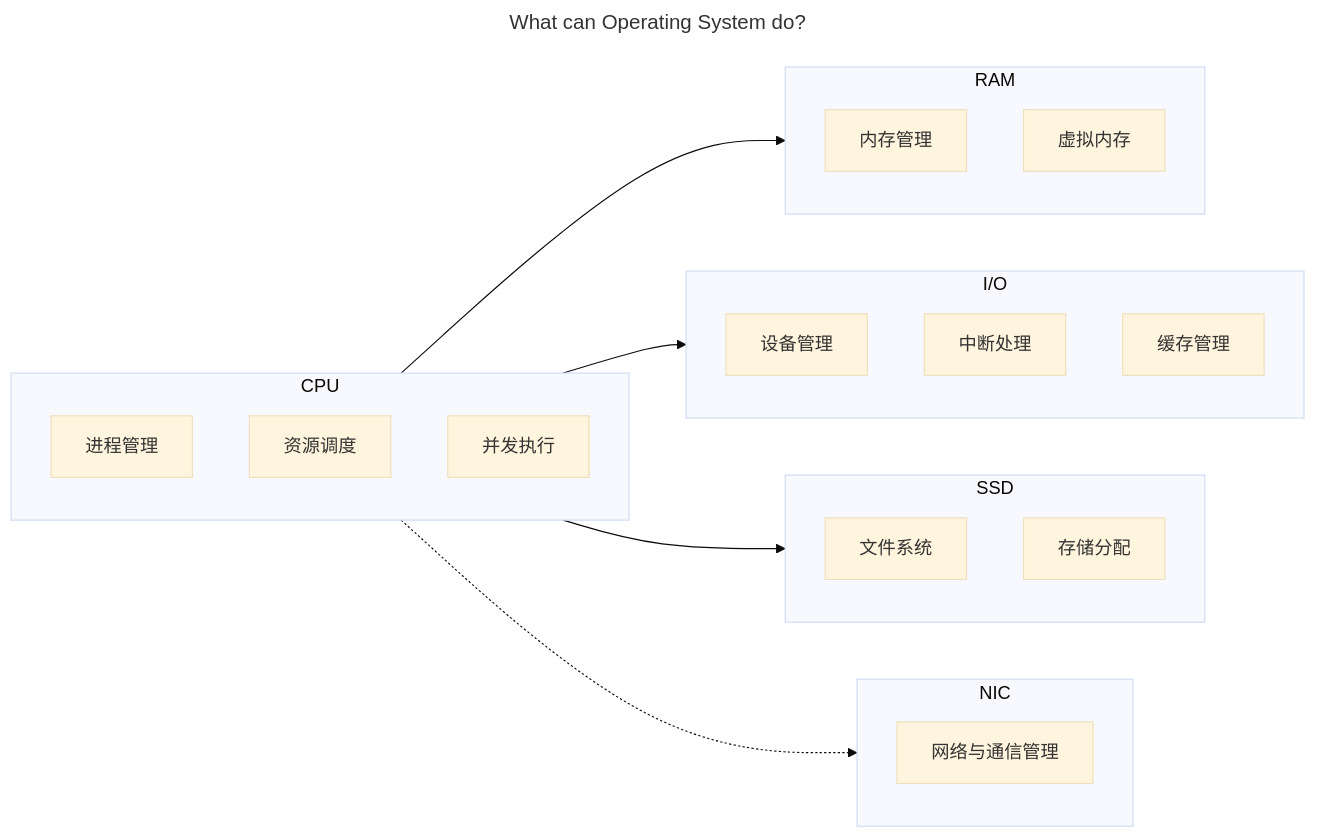
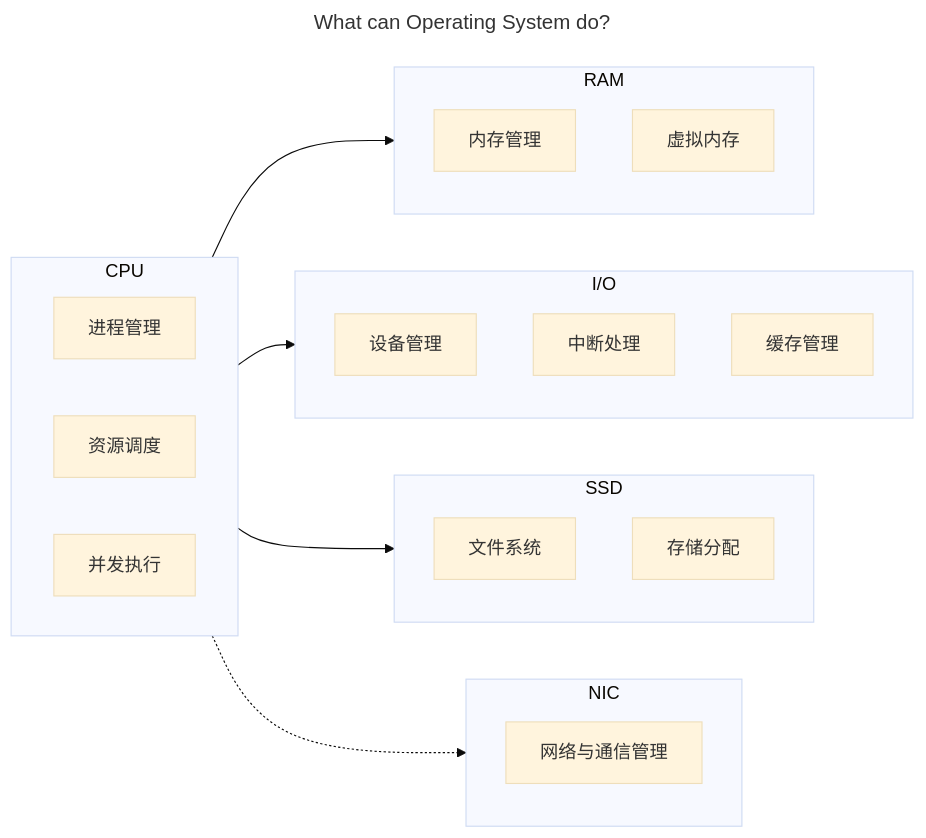
The first of 3 diagrams in source/_posts/GPA/5th-term/OperatingSystem.md (Explorer-Dong/explorer-dong.github.io), drawn with Mermaid (base theme) before and after one commit. The commit also changed other lines of this file, not shown here.

````diff
--- a/source/_posts/GPA/5th-term/OperatingSystem.md
+++ b/source/_posts/GPA/5th-term/OperatingSystem.md
@@ -58,31 +59,32 @@
 ```mermaid
 ---
 title: What can Operating System do?
 ---
 graph LR
     subgraph CPU
+    direction LR
     进程管理
     资源调度
     并发执行
     end
     subgraph RAM
     内存管理
     虚拟内存
     end
     subgraph I/O
     设备管理
     中断处理
     缓存管理
     end
     subgraph SSD
     文件系统
     存储分配
     end
     subgraph NIC
     网络与通信管理
     end
     CPU --> RAM
     CPU --> I/O
     CPU --> SSD
     CPU -.-> NIC
 ```
````
